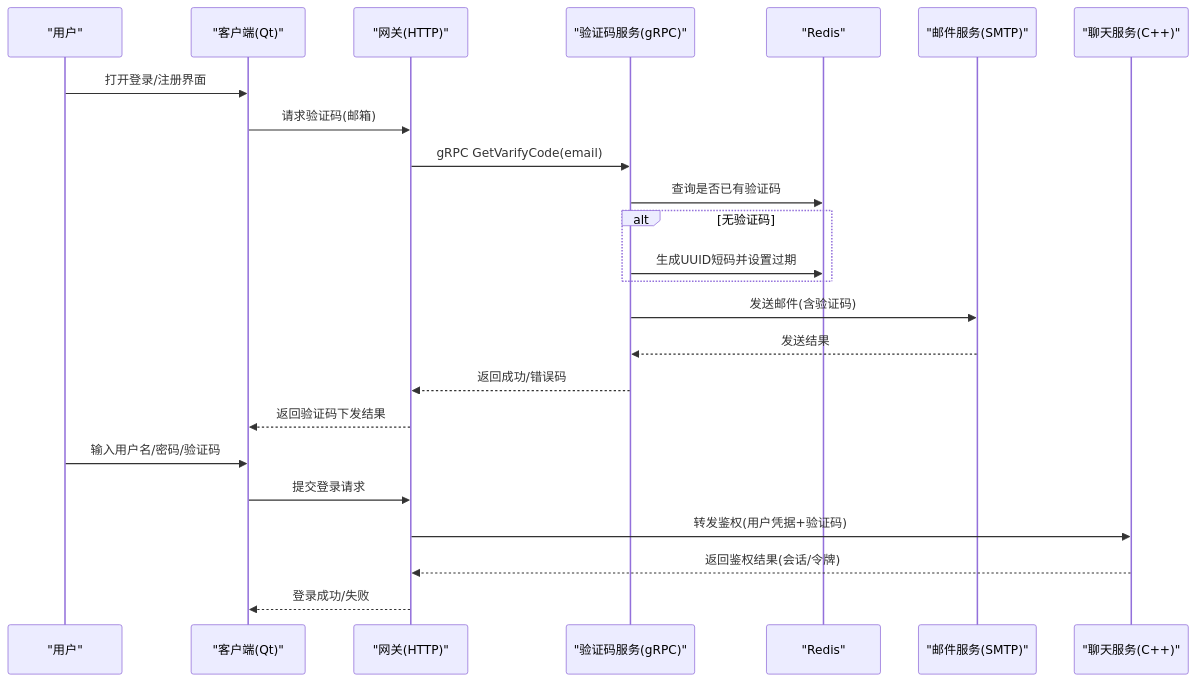
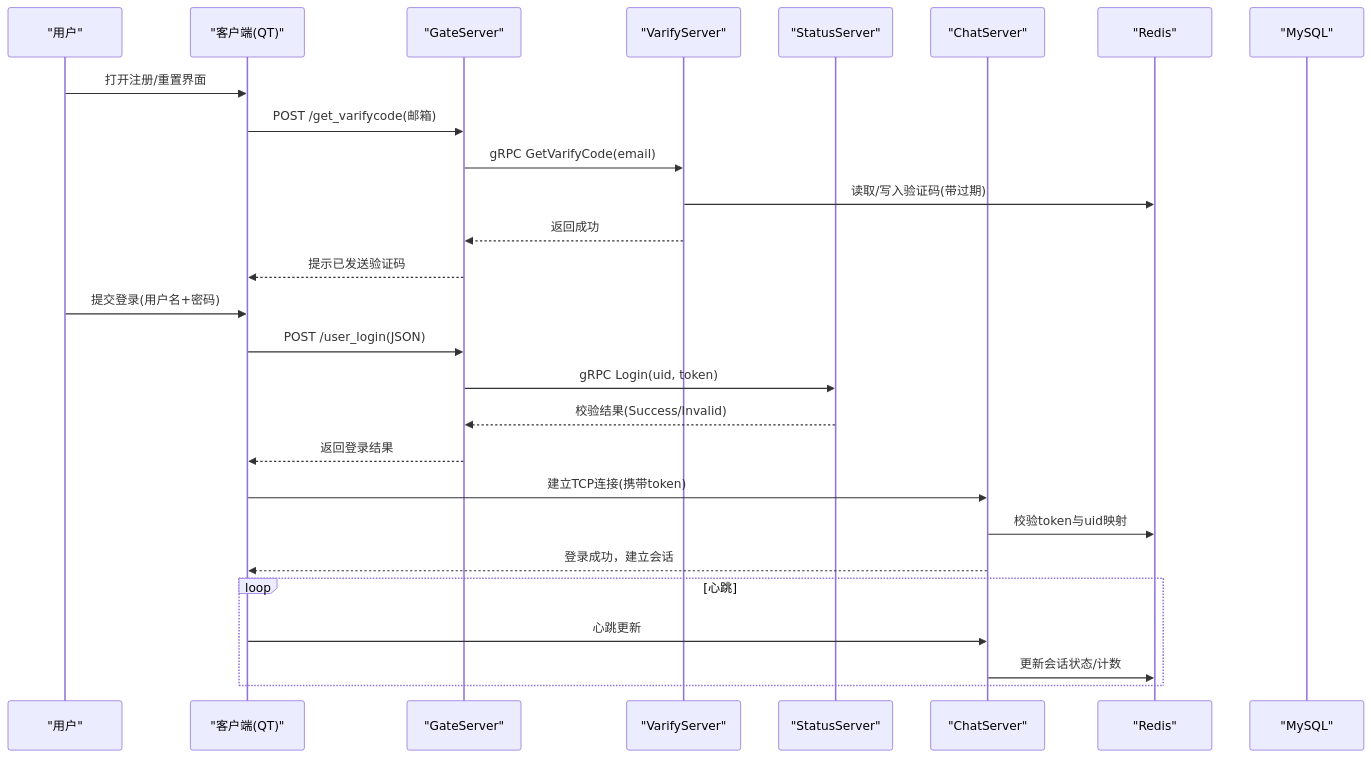
One commit to echo9923/mychatter changed the second of 5 diagrams in .qoder/repowiki/zh/content/安全设计/安全设计.md. Above: the diagram before and after it, drawn with Mermaid. The commit also changed other lines of this file and 526 other files, not shown here.

````diff
--- a/.qoder/repowiki/zh/content/安全设计/安全设计.md
+++ b/.qoder/repowiki/zh/content/安全设计/安全设计.md
@@ -89,26 +93,29 @@
 ```mermaid
 sequenceDiagram
 participant U as "用户"
-participant C as "客户端(Qt)"
-participant G as "网关(HTTP)"
-participant V as "验证码服务(gRPC)"
+participant C as "客户端(QT)"
+participant G as "GateServer"
+participant V as "VarifyServer"
+participant S as "StatusServer"
+participant H as "ChatServer"
 participant R as "Redis"
-participant E as "邮件服务(SMTP)"
-participant S as "聊天服务(C++)"
-U->>C : 打开登录/注册界面
-C->>G : 请求验证码(邮箱)
+participant D as "MySQL"
+U->>C : 打开注册/重置界面
+C->>G : POST /get_varifycode(邮箱)
 G->>V : gRPC GetVarifyCode(email)
-V->>R : 查询是否已有验证码
-alt 无验证码
-V->>R : 生成UUID短码并设置过期
+V->>R : 读取/写入验证码(带过期)
+V-->>G : 返回成功
+G-->>C : 提示已发送验证码
+U->>C : 提交登录(用户名+密码)
+C->>G : POST /user_login(JSON)
+G->>S : gRPC Login(uid, token)
+S-->>G : 校验结果(Success/Invalid)
+G-->>C : 返回登录结果
+C->>H : 建立TCP连接(携带token)
+H->>R : 校验token与uid映射
+H-->>C : 登录成功，建立会话
+loop 心跳
+C->>H : 心跳更新
+H->>R : 更新会话状态/计数
 end
-V->>E : 发送邮件(含验证码)
-E-->>V : 发送结果
-V-->>G : 返回成功/错误码
-G-->>C : 返回验证码下发结果
-U->>C : 输入用户名/密码/验证码
-C->>G : 提交登录请求
-G->>S : 转发鉴权(用户凭据+验证码)
-S-->>G : 返回鉴权结果(会话/令牌)
-G-->>C : 登录成功/失败
 ```
````
